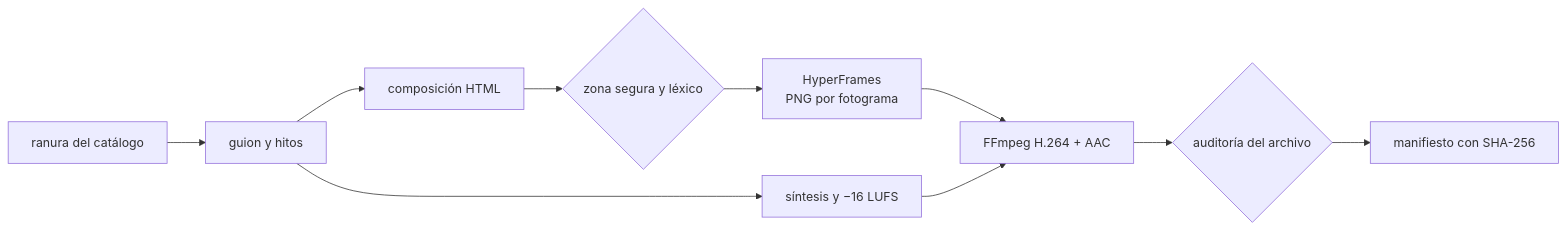
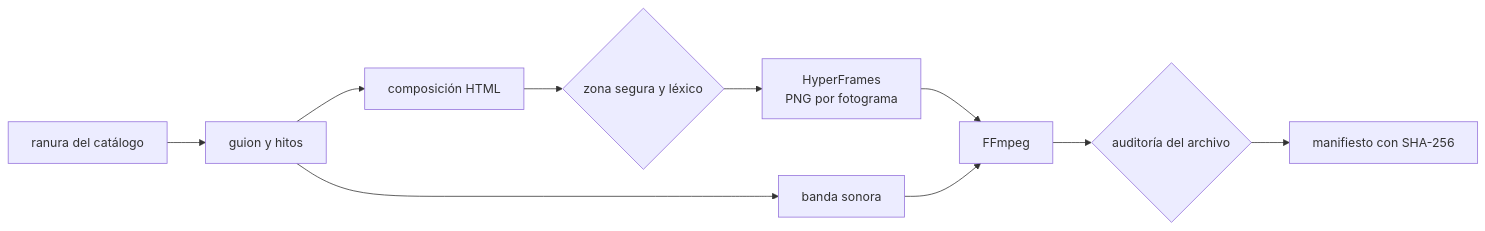
The third of 4 diagrams in packages/pseudolearn_store_media/README.md (cgutieco/pseudolearn), drawn with Mermaid before and after one commit. The commit also changed other lines of this file and 14 other files, not shown here.

Commit message:
docs(README): enhance clarity and structure of architecture and operational guidelines sections

````diff
--- a/packages/pseudolearn_store_media/README.md
+++ b/packages/pseudolearn_store_media/README.md
@@ -57,11 +57,11 @@
 ```mermaid
 flowchart LR
     slot["ranura del catálogo"] --> story["guion y hitos"]
     story --> html["composición HTML"]
     html --> safe{"zona segura y léxico"}
     safe --> frames["HyperFrames<br/>PNG por fotograma"]
-    story --> score["síntesis y −16 LUFS"]
-    frames & score --> encode["FFmpeg H.264 + AAC"]
+    story --> score["banda sonora"]
+    frames & score --> encode["FFmpeg"]
     encode --> audit{"auditoría del archivo"}
     audit --> manifest["manifiesto con SHA-256"]
 ```
````
